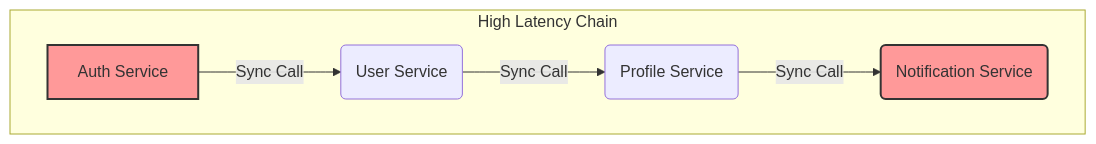
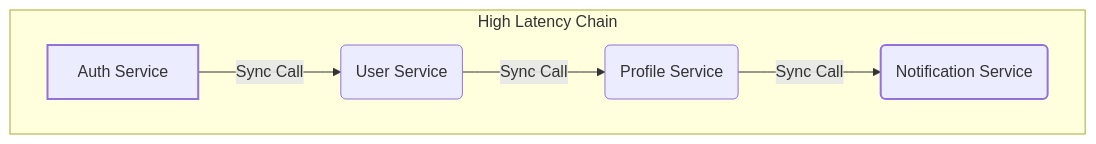
Before and after one commit to DoanNgocCuong/working: diagram 16 of 21 in BUSINESS/1_PRODUCT/2_TECHNICAL_Rút ngắn thời gian làm việc giữa2 team Product và Technical/2.0 v4 Output - SOFTWARE DESIGN DOCUMENT (SDD) - ULTIMATE TEMPLATE.md, drawn with Mermaid. The commit also changed other lines of this file and 60 other files, not shown here.

````diff
--- a/BUSINESS/1_PRODUCT/2_TECHNICAL_Rút ngắn thời gian làm việc giữa2 team Product và Technical/2.0 v4 Output - SOFTWARE DESIGN DOCUMENT (SDD) - ULTIMATE TEMPLATE.md
+++ b/BUSINESS/1_PRODUCT/2_TECHNICAL_Rút ngắn thời gian làm việc giữa2 team Product và Technical/2.0 v4 Output - SOFTWARE DESIGN DOCUMENT (SDD) - ULTIMATE TEMPLATE.md
@@ -5679,16 +5679,16 @@
 ```mermaid
 graph TD
     A[Auth Service] -->|Sync Call| B(User Service)
     B -->|Sync Call| C(Profile Service)
     C -->|Sync Call| D(Notification Service)
     
     subgraph High Latency Chain
         A
         B
         C
         D
     end
     
-    style A fill:#f99,stroke:#333,stroke-width:2px
-    style D fill:#f99,stroke:#333,stroke-width:2px
+    style A fill:##f99,stroke:##333,stroke-width:2px
+    style D fill:##f99,stroke:##333,stroke-width:2px
 ```
````
